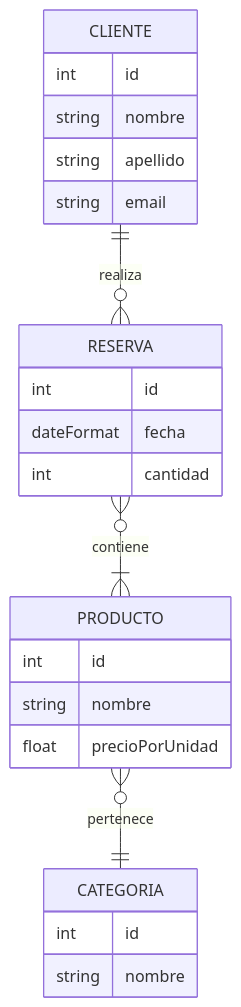
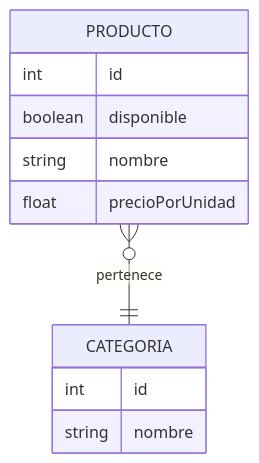
Before and after one commit to iaw-2022/AgustinGD-inicial: the diagram in README.md, drawn with Mermaid. The commit also changed other lines of this file, not shown here.

Commit message:
idea inicial parte 3 - usuarios laravel
Tambien esta simplificado el ERD

````diff
--- a/README.md
+++ b/README.md
@@ -8,26 +8,14 @@
 ```mermaid
 erDiagram
-    CLIENTE ||--o{ RESERVA : realiza
-    CLIENTE {
-        int id
-        string nombre
-        string apellido
-        string email
-    }
-    RESERVA }o--|{ PRODUCTO : contiene
-    RESERVA {
-        int id
-        dateFormat fecha
-        int cantidad        
-    }
     PRODUCTO }o--|| CATEGORIA : pertenece
     PRODUCTO{
         int id
+        boolean disponible
         string nombre
         float precioPorUnidad
     }
     CATEGORIA{
         int id
         string nombre
     }
 ```
````
